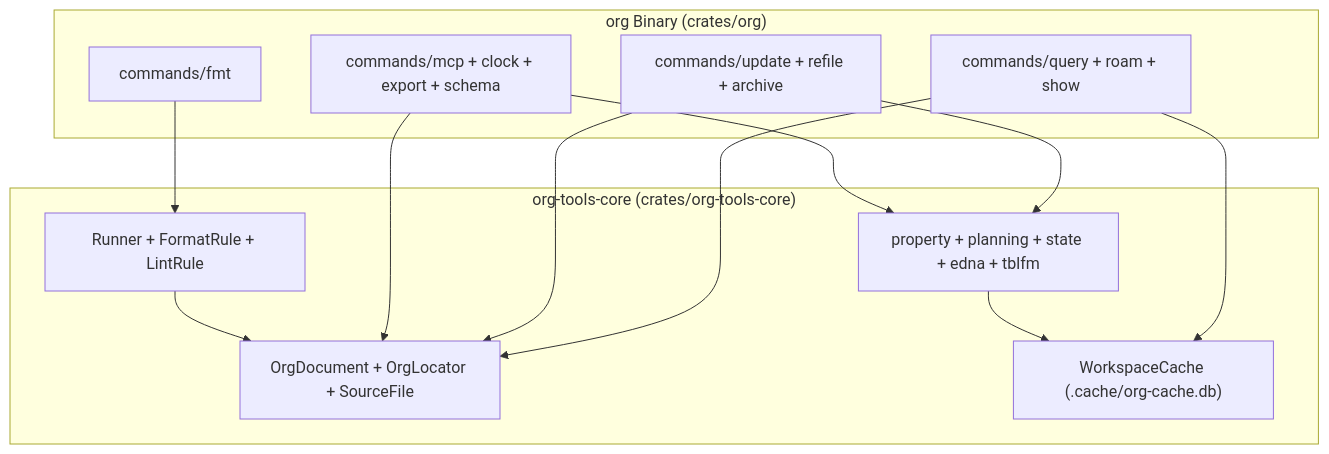
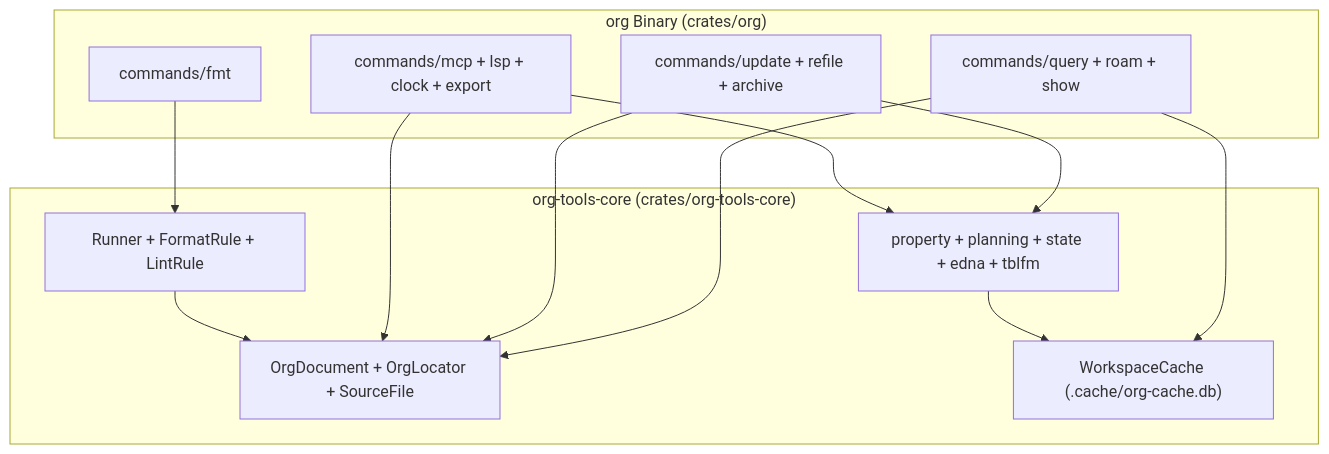
Before and after one commit to lino/org-tools: the second of 4 diagrams in docs/developer/architecture.md, drawn with Mermaid. The commit also changed other lines of this file and 13 other files, not shown here.

````diff
--- a/docs/developer/architecture.md
+++ b/docs/developer/architecture.md
@@ -126,24 +126,24 @@
 ```mermaid
 flowchart TD
     subgraph "org Binary (crates/org)"
         FmtCmd["commands/fmt"]
         QueryCmd["commands/query + roam + show"]
         UpdateCmd["commands/update + refile + archive"]
-        McpCmd["commands/mcp + clock + export + schema"]
+        McpCmd["commands/mcp + lsp + clock + export"]
     end
     subgraph "org-tools-core (crates/org-tools-core)"
         Runner["Runner + FormatRule + LintRule"]
         DocModel["OrgDocument + OrgLocator + SourceFile"]
         MutEngine["property + planning + state + edna + tblfm"]
         Cache["WorkspaceCache (.cache/org-cache.db)"]
     end
     FmtCmd --> Runner
     QueryCmd --> DocModel
     QueryCmd --> Cache
     UpdateCmd --> MutEngine
     UpdateCmd --> DocModel
     McpCmd --> DocModel
     McpCmd --> MutEngine
     Runner --> DocModel
     MutEngine --> Cache
 ```
````
